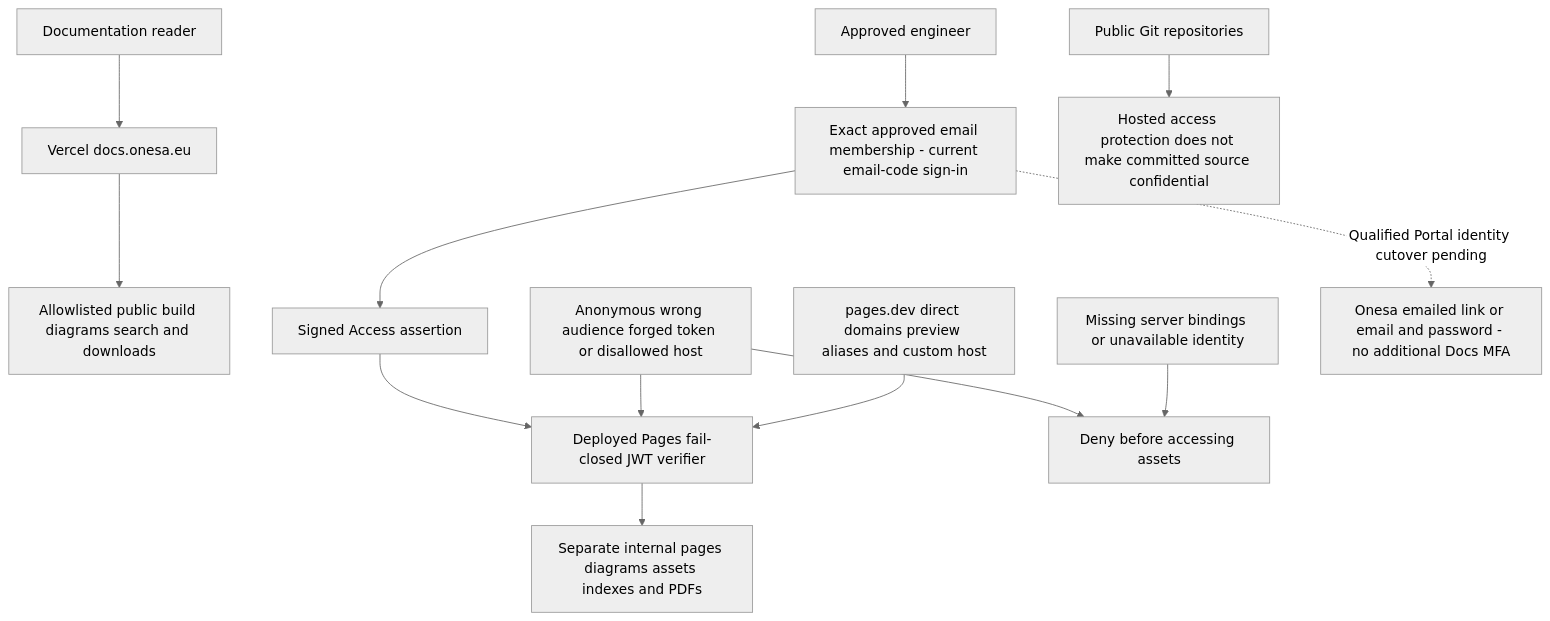
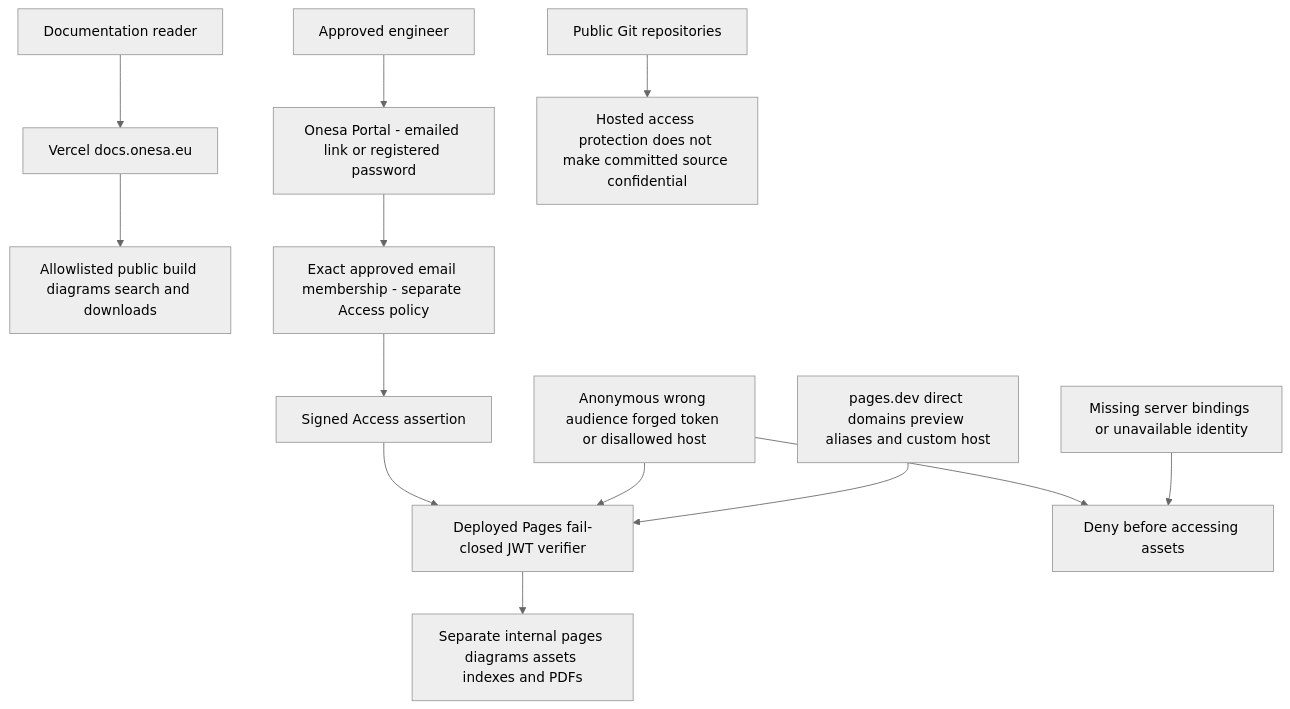
Before and after one commit to DruHustle/onesa-ai-platform: the diagram in docs/diagrams/docs-access-current.mmd, drawn with Mermaid (neutral theme). The commit also changed 7 other files, not shown here.

Commit message:
docs: record verified Onesa Portal engineering sign-in

```diff
--- a/docs/diagrams/docs-access-current.mmd
+++ b/docs/diagrams/docs-access-current.mmd
@@ -1,13 +1,13 @@
 flowchart TB
 Reader[Documentation reader] --> Public[Vercel docs.onesa.eu]
 Public --> Allow[Allowlisted public build diagrams search and downloads]
-Engineer[Approved engineer] --> Policy[Exact approved email membership - current email-code sign-in]
+Engineer[Approved engineer] --> Portal[Onesa Portal - emailed link or registered password]
+Portal --> Policy[Exact approved email membership - separate Access policy]
 Policy --> Token[Signed Access assertion]
 Token --> Worker[Deployed Pages fail-closed JWT verifier]
 Worker --> Private[Separate internal pages diagrams assets indexes and PDFs]
 Anonymous[Anonymous wrong audience forged token or disallowed host] --> Denied[Deny before accessing assets]
 Anonymous --> Worker
 Origin[pages.dev direct domains preview aliases and custom host] --> Worker
 Missing[Missing server bindings or unavailable identity] --> Denied
 Source[Public Git repositories] --> Boundary[Hosted access protection does not make committed source confidential]
-Policy -. Qualified Portal identity cutover pending .-> Planned[Onesa emailed link or email and password - no additional Docs MFA]
```
